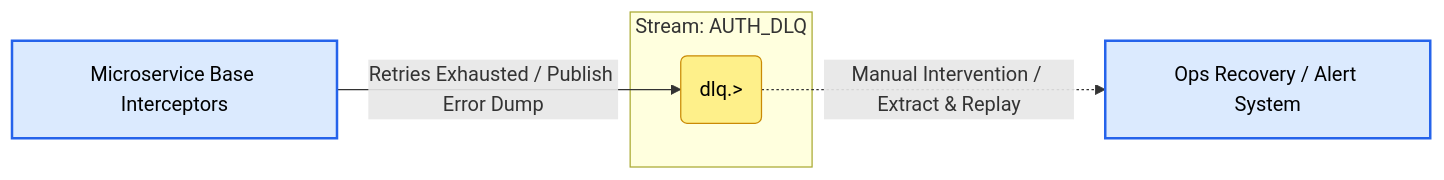
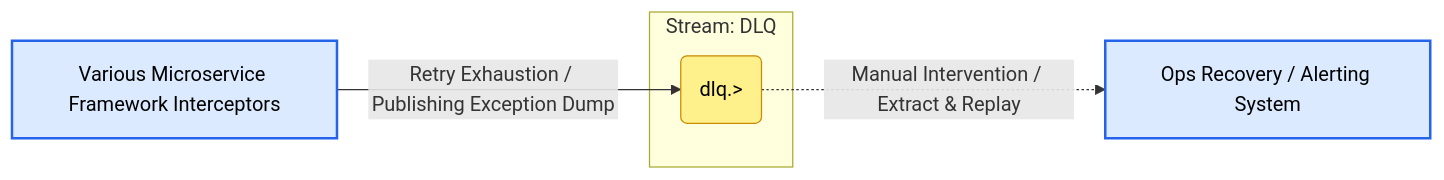
One commit to JamesWilson19970101/ocean.chat.docs changed the sixth of 12 diagrams in docs/devdocs/jetstream-strategy.md. Above: the diagram before and after it, drawn with Mermaid. The commit also changed other lines of this file and 5 other files, not shown here.

First line of the commit message:
docs(architecture): update JetStream strategy, microservices and ADRs

````diff
--- a/docs/devdocs/jetstream-strategy.md
+++ b/docs/devdocs/jetstream-strategy.md
@@ -291,15 +281,15 @@
 ```mermaid
 flowchart LR
   classDef service fill:#dbeafe,stroke:#2563eb,stroke-width:2px,color:#000;
   classDef subject fill:#fef08a,stroke:#ca8a04,stroke-width:1px,color:#000;
 
-  P[Microservice Base Interceptors]:::service
-  C[Ops Recovery / Alert System]:::service
+  P[Various Microservice Framework Interceptors]:::service
+  C[Ops Recovery / Alerting System]:::service
 
-  subgraph Stream: AUTH_DLQ
+  subgraph Stream: DLQ
     SUB(dlq.>):::subject
   end
 
-  P -- Retries Exhausted / Publish Error Dump --> SUB
+  P -- Retry Exhaustion / Publishing Exception Dump --> SUB
   SUB -. Manual Intervention / Extract & Replay .-> C
 ```
````
